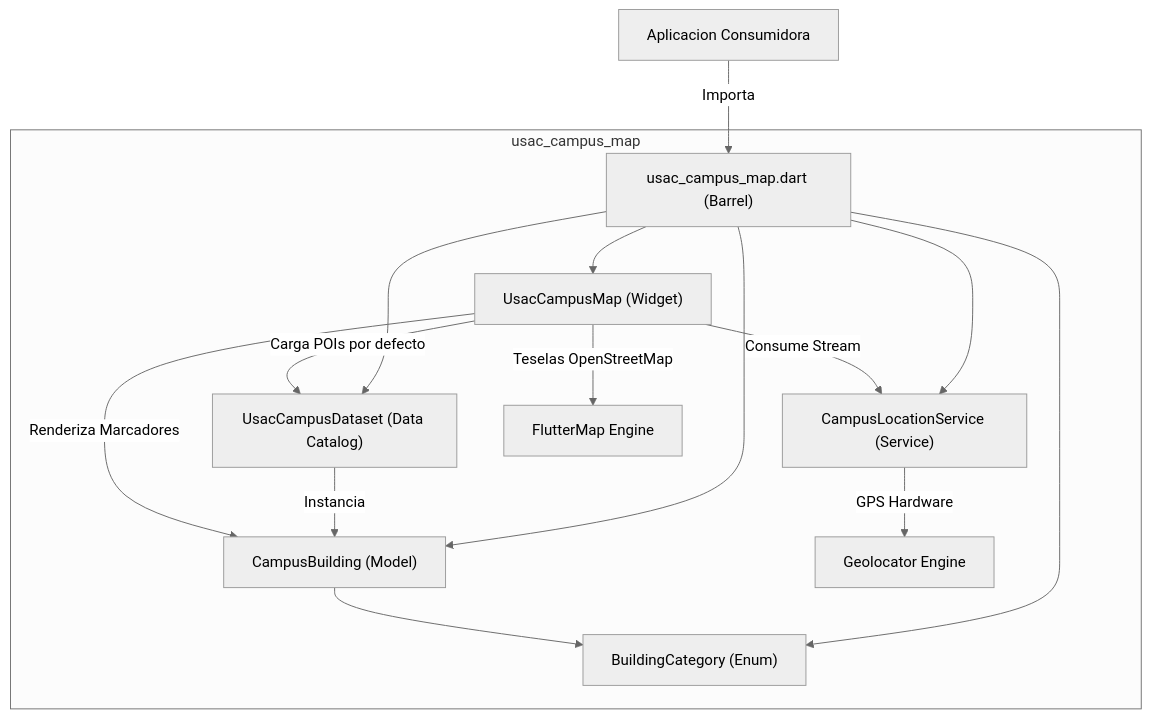
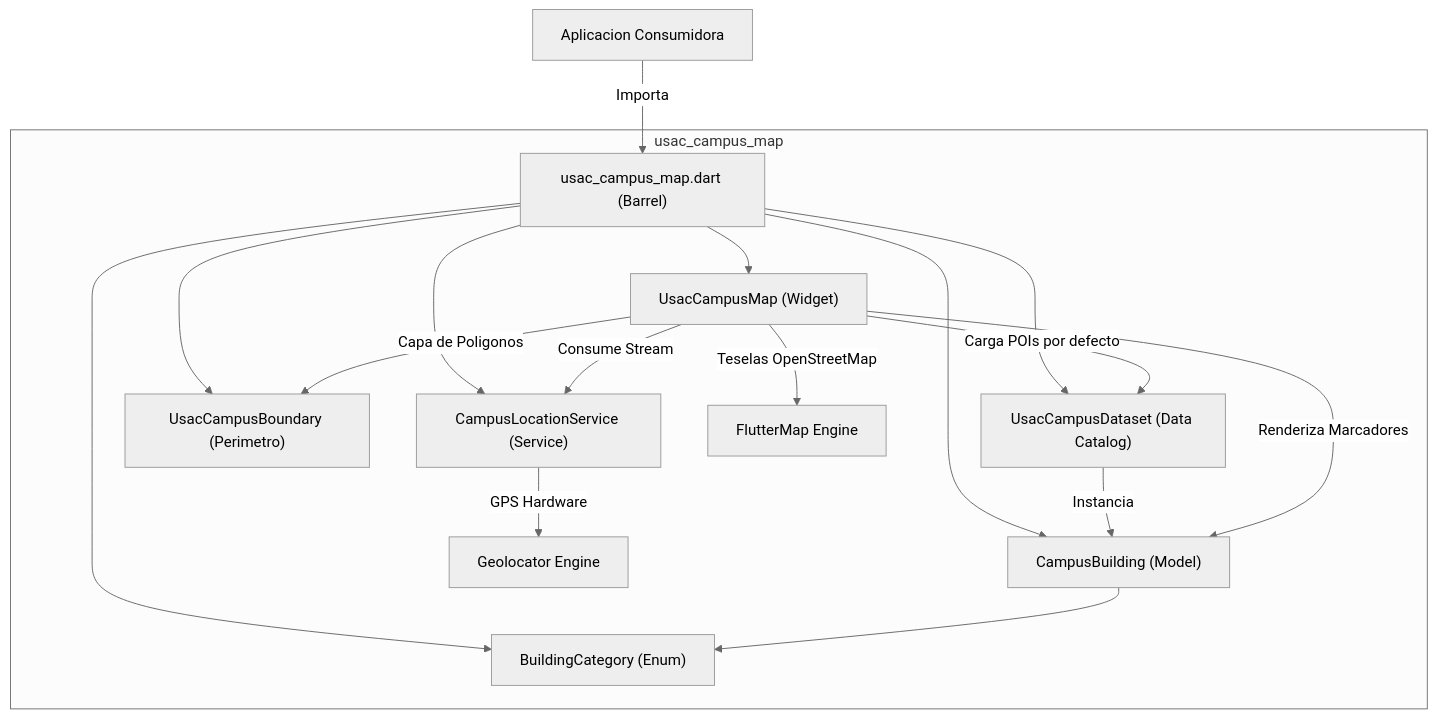
The first of 2 diagrams in README.md (Trebol4Devop/usac_campus_map), drawn with Mermaid (neutral theme) before and after one commit. The commit also changed other lines of this file and 4 other files, not shown here.

Commit message:
feat(boundary): implement campus boundary polygon and containment verification

````diff
--- a/README.md
+++ b/README.md
@@ -27,20 +104,22 @@
 ```mermaid
 graph TD
     ClientApp["Aplicacion Consumidora"] -->|Importa| Barrel["usac_campus_map.dart (Barrel)"]
     
     subgraph usac_campus_map
         Barrel --> UsacMapWidget["UsacCampusMap (Widget)"]
         Barrel --> BuildingModel["CampusBuilding (Model)"]
         Barrel --> CategoryEnum["BuildingCategory (Enum)"]
         Barrel --> Dataset["UsacCampusDataset (Data Catalog)"]
+        Barrel --> Boundary["UsacCampusBoundary (Perimetro)"]
         Barrel --> LocationSvc["CampusLocationService (Service)"]
         
         UsacMapWidget -->|Consume Stream| LocationSvc
         UsacMapWidget -->|Carga POIs por defecto| Dataset
+        UsacMapWidget -->|Capa de Poligonos| Boundary
         Dataset -->|Instancia| BuildingModel
         BuildingModel --> CategoryEnum
         UsacMapWidget -->|Renderiza Marcadores| BuildingModel
         LocationSvc -->|GPS Hardware| GeolocatorPlugin["Geolocator Engine"]
         UsacMapWidget -->|Teselas OpenStreetMap| FlutterMapEngine["FlutterMap Engine"]
     end
 ```
````
